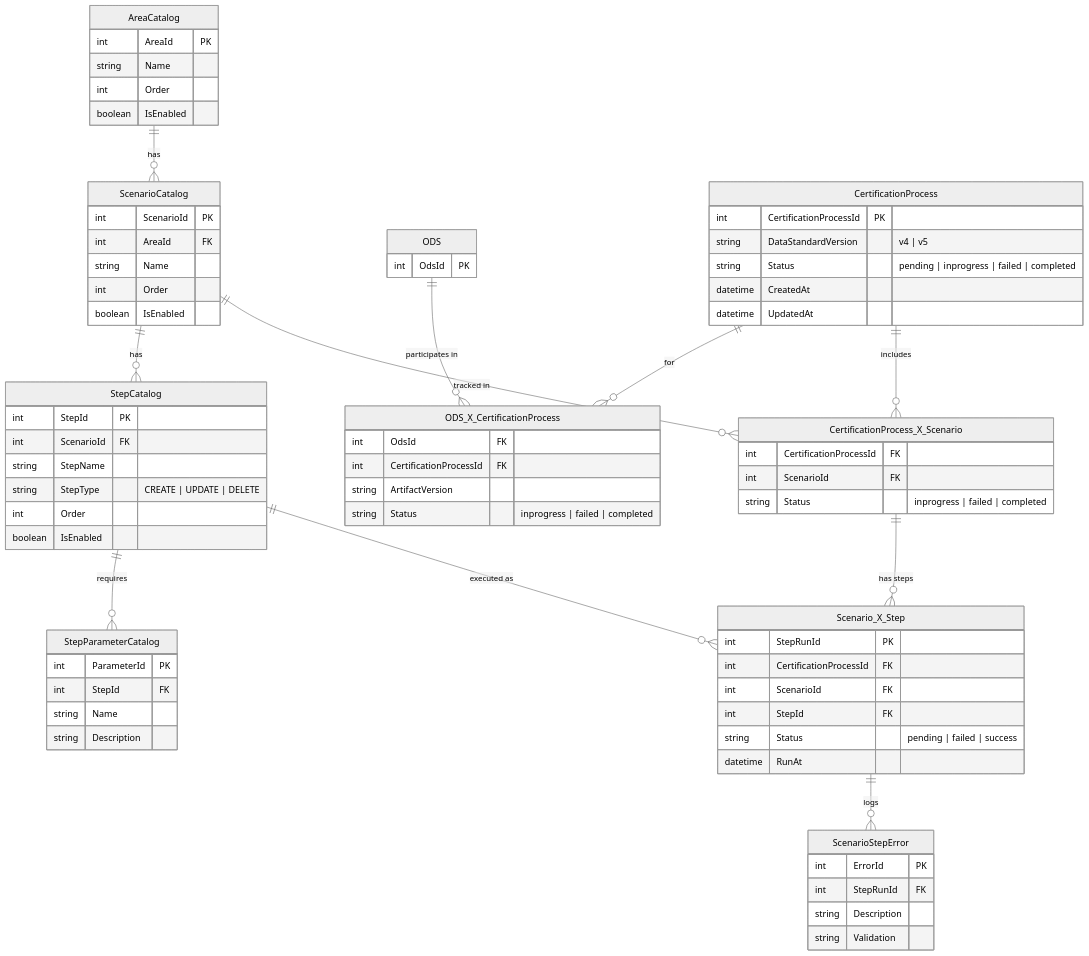
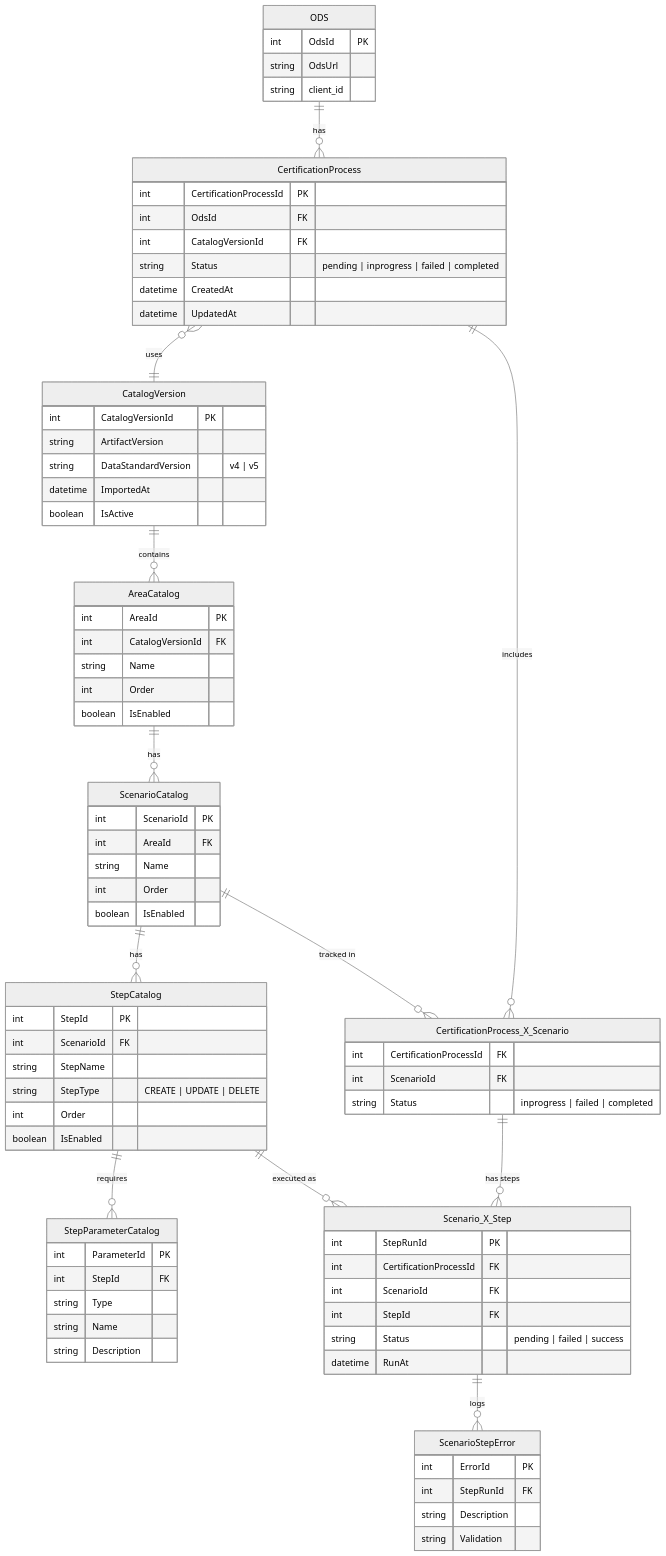
The third of 4 diagrams in docs/design/certification-2026/phase2/certification-2.2.md (Ed-Fi-Alliance-OSS/Ed-Fi-AdminApp), drawn with Mermaid (neutral theme) before and after one commit. The commit also changed other lines of this file, not shown here.

Commit message:
[AC-479] docs: database schema update and final clean up

````diff
--- a/docs/design/certification-2026/phase2/certification-2.2.md
+++ b/docs/design/certification-2026/phase2/certification-2.2.md
@@ -225,7 +204,16 @@
 ```mermaid
 erDiagram
+    CatalogVersion {
+        int CatalogVersionId PK
+        string ArtifactVersion
+        string DataStandardVersion "v4 | v5"
+        datetime ImportedAt
+        boolean IsActive
+    }
+
     AreaCatalog {
         int AreaId PK
+        int CatalogVersionId FK
         string Name
         int Order
         boolean IsEnabled
@@ -251,27 +239,24 @@
     StepParameterCatalog {
         int ParameterId PK
         int StepId FK
+        string Type
         string Name
         string Description
     }
 
     ODS {
         int OdsId PK
+        string OdsUrl
+        string client_id
     }
 
     CertificationProcess {
         int CertificationProcessId PK
-        string DataStandardVersion "v4 | v5"
+        int OdsId FK
+        int CatalogVersionId FK
         string Status "pending | inprogress | failed | completed"
         datetime CreatedAt
         datetime UpdatedAt
-    }
-
-    ODS_X_CertificationProcess {
-        int OdsId FK
-        int CertificationProcessId FK
-        string ArtifactVersion
-        string Status "inprogress | failed | completed"
     }
 
     CertificationProcess_X_Scenario {
@@ -296,11 +281,12 @@
         string Validation
     }
 
+    CatalogVersion ||--o{ AreaCatalog : "contains"
     AreaCatalog ||--o{ ScenarioCatalog : "has"
     ScenarioCatalog ||--o{ StepCatalog : "has"
     StepCatalog ||--o{ StepParameterCatalog : "requires"
-    ODS ||--o{ ODS_X_CertificationProcess : "participates in"
-    CertificationProcess ||--o{ ODS_X_CertificationProcess : "for"
+    ODS ||--o{ CertificationProcess : "has"
+    CertificationProcess }o--|| CatalogVersion : "uses"
     CertificationProcess ||--o{ CertificationProcess_X_Scenario : "includes"
     ScenarioCatalog ||--o{ CertificationProcess_X_Scenario : "tracked in"
     CertificationProcess_X_Scenario ||--o{ Scenario_X_Step : "has steps"
````
